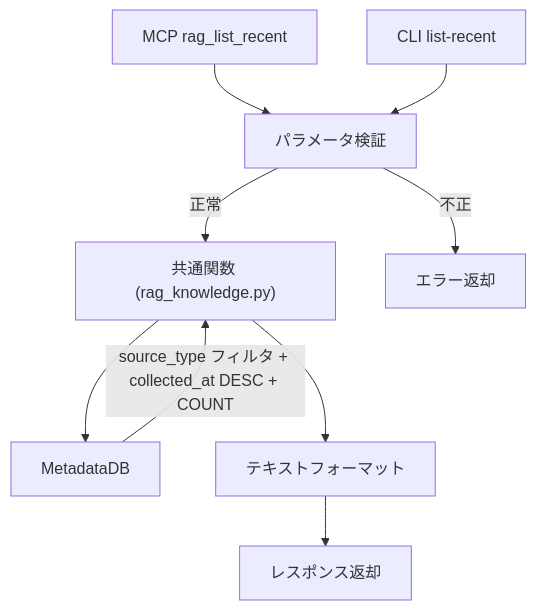
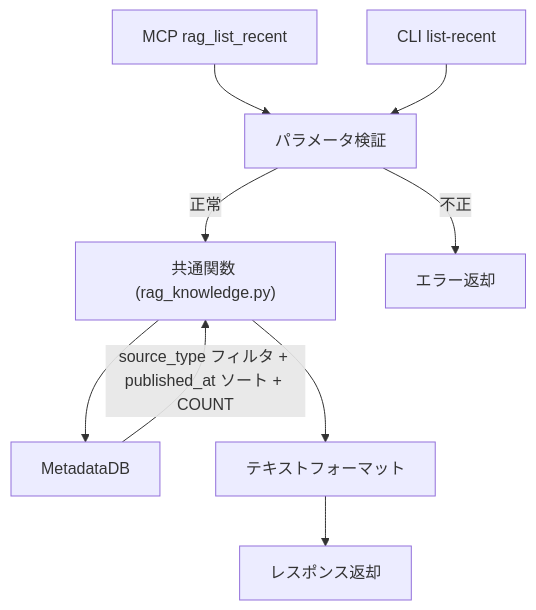
One commit to becky3/rag-knowledge changed the diagram in docs/specs/infrastructure/content-listing.md. Above: the diagram before and after it, drawn with Mermaid. The commit also changed other lines of this file and 14 other files, not shown here.

````diff
--- a/docs/specs/infrastructure/content-listing.md
+++ b/docs/specs/infrastructure/content-listing.md
@@ -116,19 +136,19 @@
 ```mermaid
 flowchart TD
     MCP["MCP rag_list_recent"]
     CLI["CLI list-recent"]
     VALIDATE["パラメータ検証"]
     SERVICE["共通関数 (rag_knowledge.py)"]
     METADB["MetadataDB"]
     FORMAT["テキストフォーマット"]
     RESPONSE["レスポンス返却"]
 
     MCP --> VALIDATE
     CLI --> VALIDATE
     VALIDATE -->|不正| ERROR["エラー返却"]
     VALIDATE -->|正常| SERVICE
     SERVICE --> METADB
-    METADB -->|"source_type フィルタ + collected_at DESC + COUNT"| SERVICE
+    METADB -->|"source_type フィルタ + published_at ソート + COUNT"| SERVICE
     SERVICE --> FORMAT
     FORMAT --> RESPONSE
 ```
````
